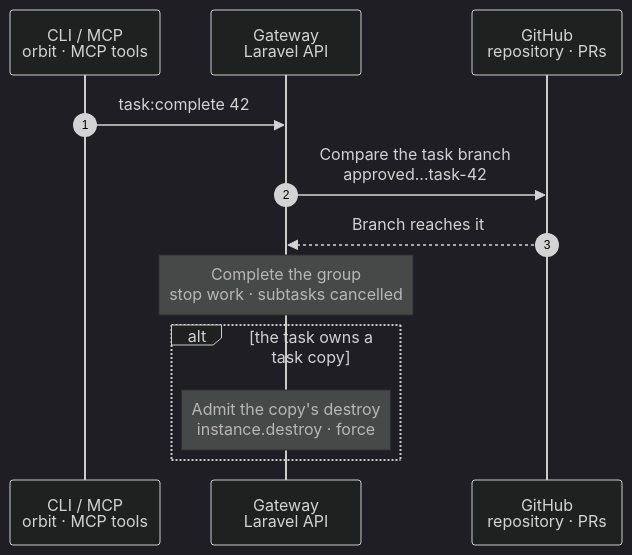
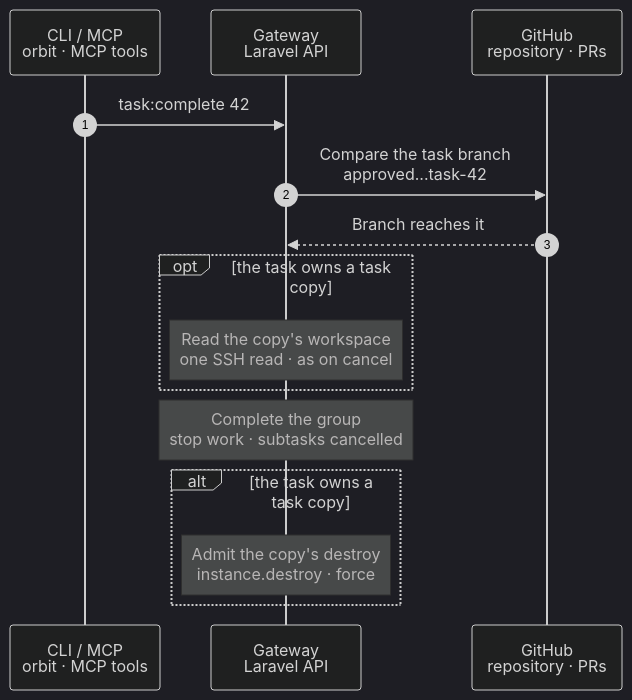
Before and after one commit to hardimpactdev/orbit: the diagram in docs/cli/task/complete.mmd, drawn with Mermaid (dark theme). The commit also changed 2 other files, not shown here.

Commit message:
docs(tasks): a copy group settles on merge; complete never destroys unpublished copy work

```diff
--- a/docs/cli/task/complete.mmd
+++ b/docs/cli/task/complete.mmd
@@ -1,51 +1,62 @@
 sequenceDiagram
-  %% Target design: docs/reference/tasks.md#complete-and-cleanup. Orchestrator 2026-11-08: keeping approved work is a precondition of completion, not a step of it. Orchestrator 2026-11-14: a task copy goes through its normal instance.destroy, as on cancel. 2026-11-16 (group 5615): a copy group whose committed work is on the default branch completes without an ended watched pull request (a hand-carry); the copy's content read decides, and an empty group still needs cancel. 2026-11-15: the task VMs and their release are removed (docs/reference/old-paths.md).
+  %% Target design: docs/reference/tasks.md#complete-and-cleanup. Orchestrator 2026-11-08: keeping approved work is a precondition of completion, not a step of it. Orchestrator 2026-11-14: a task copy goes through its normal instance.destroy, as on cancel. 2026-11-16 (group 5615): a copy group whose committed work is on the default branch completes without an ended watched pull request (a hand-carry); the copy's content read decides, and an empty group still needs cancel. 2026-11-16 (group 5615, subtask 2): complete reads the copy first and never destroys one that holds uncommitted, untracked, stashed or other-branch work; a copy group whose watched pull request merged completes by itself from the project.observe tick. 2026-11-15: the task VMs and their release are removed (docs/reference/old-paths.md).
   %% status: draft
   %% command: task:complete
   %% kind: tasks.complete
   autonumber
   %% lane CLI icon=terminal pill=caller tone=gray
   %% lane GW icon=gateway pill=intent tone=blue
   %% lane GH icon=server pill=target tone=purple
   participant CLI as CLI / MCP<br/>orbit · MCP tools
   participant GW as Gateway<br/>Laravel API
   participant GH as GitHub<br/>repository · PRs
   CLI->>GW: task:complete 42
   %%> Command:
   %%> - `orbit task:complete 42 --yes`
   %%> - syntax: `[task] [--yes] [--json]`
   %%> Requirements:
   %%> - the group is `settling` or `waiting_for_review`, or `running` or `reviewing` with a watched pull request that merged or closed; a `completed` group retries its removal
   %%> - or a `running` or `reviewing` group with a task copy and no ended watched pull request, whose latest content read (`work`, of a `task:sync`) is of the copy's current head, found every committed path on the default branch, and is not `empty`: its work was carried to the default branch by hand
   %%> - otherwise HTTP 409 `tasks.not_settling`, whose `reason` detail says why: `status`, `pull_request_not_ended`, `work_unread` (run `task:sync` first), `work_not_on_default` or `work_empty` (cancel the group instead)
   %%> - your Node has an access grant to the Gateway
+  %%> - the hourly `project.observe` tick runs this same completion by itself for a copy group whose watched pull request merged, after it records `merged` and `merged_at`; it skips a held group or one with an open Operation, and the next tick tries again
   GW->>GH: Compare the task branch<br/>approved...task-42
   %%> What it does:
   %%> - resolves the group's latest approved commit: the latest commit Orbit reviewed (ADR 0203), or else the commit of the latest approval
   %%> - reads origin's task branch head and compares it with that commit, with a `contents: read` token
   %%> - only when GitHub answers that the branch does not exist (404) and the group's pull request merged does that pull request's head stand in; the pull request is read with a `pull_requests: read` token
   %%> - skipped when the group has no approval, or holds no workspace
   %%> - for a task copy, content on the default branch counts too: the copy's latest content read (`work`, of a `task:sync`) is of the copy's current head, holds the approved commit in its history and found every committed path on the default branch
   %%> Why:
   %%> - the destroy deletes the copy, and a commit that only the copy holds would go with it
   GH-->>GW: Branch reaches it
   %%> Result:
   %%> - otherwise completion refuses with HTTP 409 `tasks.approved_work_unpublished`, names the commit and the branch, and changes nothing: run `task:publish` first
   %%> - every other outcome refuses the same way: a GitHub read that fails, a branch that is gone without a merged pull request
+  opt the task owns a task copy
+  Note over GW: Read the copy's workspace<br/>one SSH read · as on cancel
+  %%> What it does:
+  %%> - reads what the copy holds beyond origin and the default branch, as `task:cancel` does (docs/reference/tasks.md#published-work-of-a-copy)
+  %%> - skipped for a group that is already `completed`: the completion that ended it read the copy
+  %%> Result:
+  %%> - a copy that holds uncommitted, untracked, stashed or other-branch work refuses with HTTP 409 `tasks.copy_unpublished_work` and the read's counts, and changes nothing
+  %%> - a copy that cannot be read refuses with HTTP 409 `tasks.copy_workspace_unknown`
+  %%> - the settle tick records either refusal once as `failure` assistance and does not destroy the copy
+  end
   Note over GW: Complete the group<br/>stop work · subtasks cancelled
   %%> What it does:
   %%> - stores how the watched pull request ended, if one did, stops the running implementer, reviewer and checks, and marks the group `completed`
   %%> - a group without a workspace ends here
   %%> - a group that still holds a workspace that is no task copy (a task VM workspace) is `completed` too, and asks for `removal_failure` assistance: task VMs and their release are removed, so nothing removes that workspace
   alt the task owns a task copy
   Note over GW: Admit the copy's destroy<br/>instance.destroy · force
   %%> Requirements:
   %%> - no other Operation holds the copy; an open destroy of it is reused, so a repeated complete admits no second one
   %%> What it does:
   %%> - admits the normal `instance.destroy` of the copy with force, the destroy that `task:cancel` admits
   %%> Why:
-  %%> - origin already has the approved work, which the compare or the content read above proved, so complete needs no `--discard`: what else the copy holds goes with it
+  %%> - origin already has the approved work, which the compare or the content read above proved, and the workspace read found nothing else, so complete needs no `--discard`
   %%> Result:
   %%> - the group is `completed` at once and still names the copy; when the destroy succeeds the group lets go of it and stays `completed`
   %%> - when the destroy fails, the group stays `completed` and keeps the copy; a later complete admits the destroy again
   end
```
